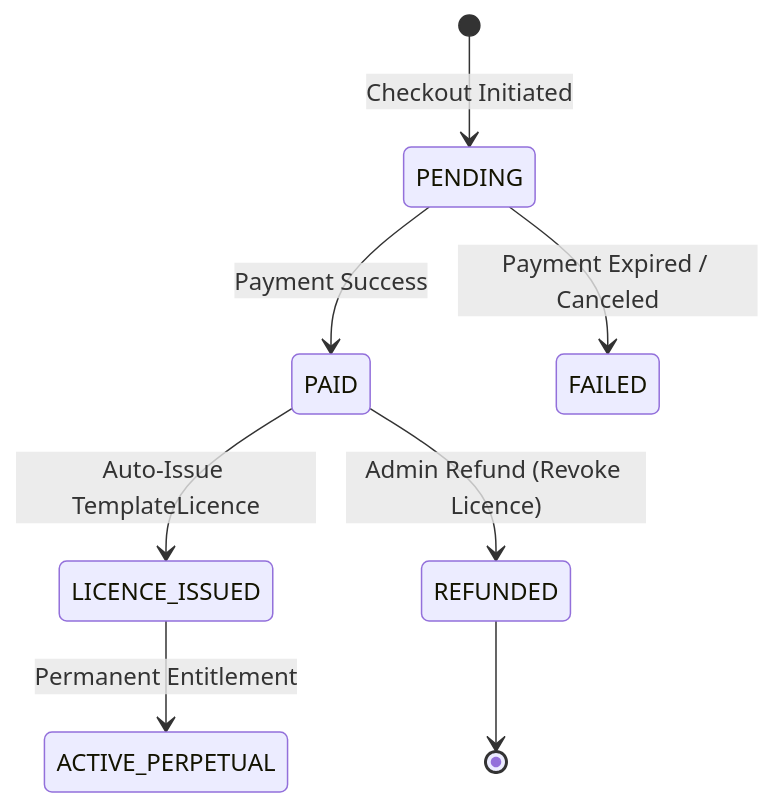
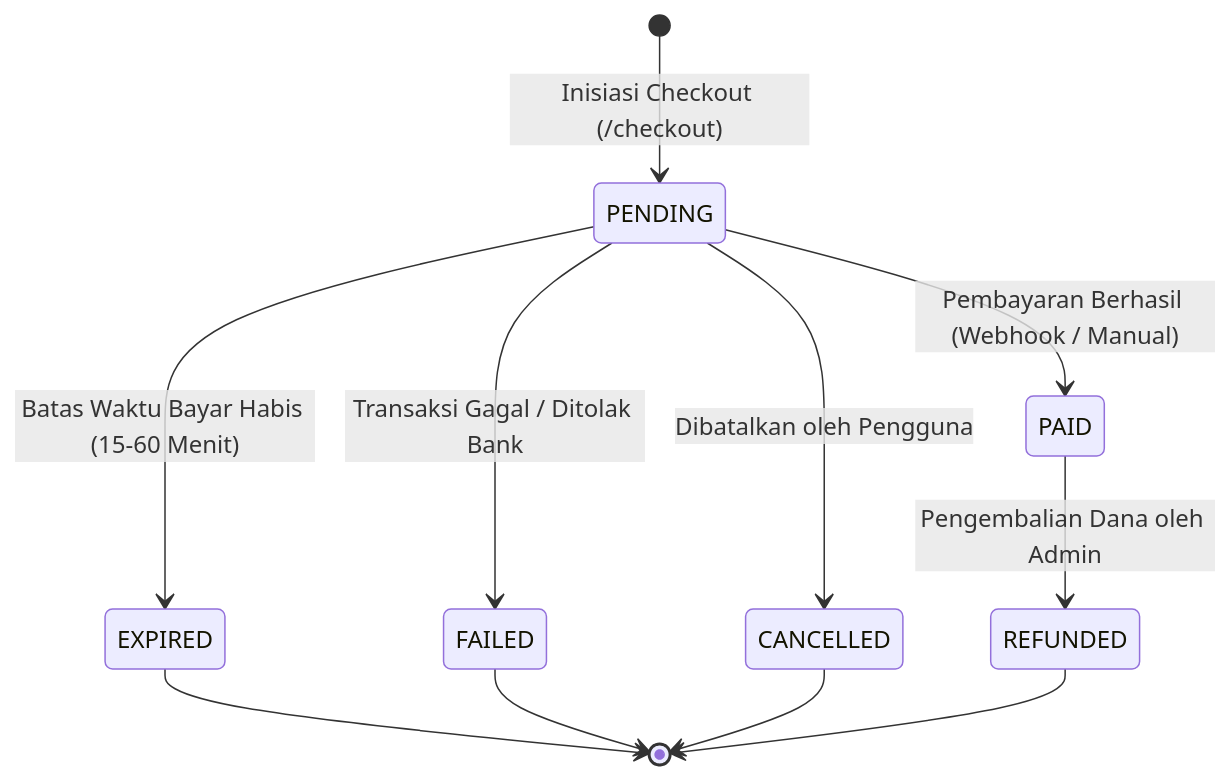
The ninth of 11 diagrams in docs/BUSINESS_FLOW.md (maszaen/infomase), drawn with Mermaid before and after one commit. The commit also changed other lines of this file and 21 other files, not shown here.

````diff
--- a/docs/BUSINESS_FLOW.md
+++ b/docs/BUSINESS_FLOW.md
@@ -179,10 +237,13 @@
 ```mermaid
 stateDiagram-v2
-    [*] --> PENDING : Checkout Initiated
-    PENDING --> PAID : Payment Success
-    PENDING --> FAILED : Payment Expired / Canceled
-    PAID --> LICENCE_ISSUED : Auto-Issue TemplateLicence
-    LICENCE_ISSUED --> ACTIVE_PERPETUAL : Permanent Entitlement
-    PAID --> REFUNDED : Admin Refund (Revoke Licence)
+    [*] --> PENDING : Inisiasi Checkout (/checkout)
+    PENDING --> PAID : Pembayaran Berhasil (Webhook / Manual)
+    PENDING --> EXPIRED : Batas Waktu Bayar Habis (15-60 Menit)
+    PENDING --> FAILED : Transaksi Gagal / Ditolak Bank
+    PENDING --> CANCELLED : Dibatalkan oleh Pengguna
+    PAID --> REFUNDED : Pengembalian Dana oleh Admin
+    EXPIRED --> [*]
+    FAILED --> [*]
+    CANCELLED --> [*]
     REFUNDED --> [*]
 ```
````
